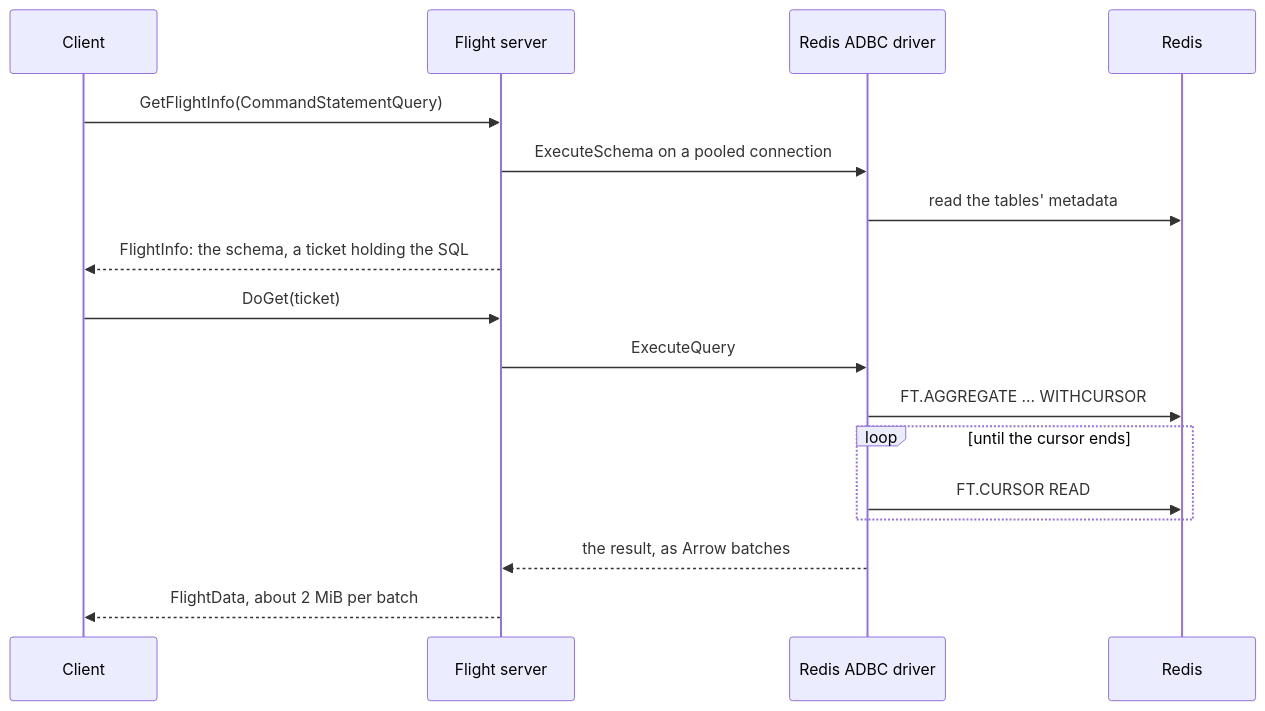
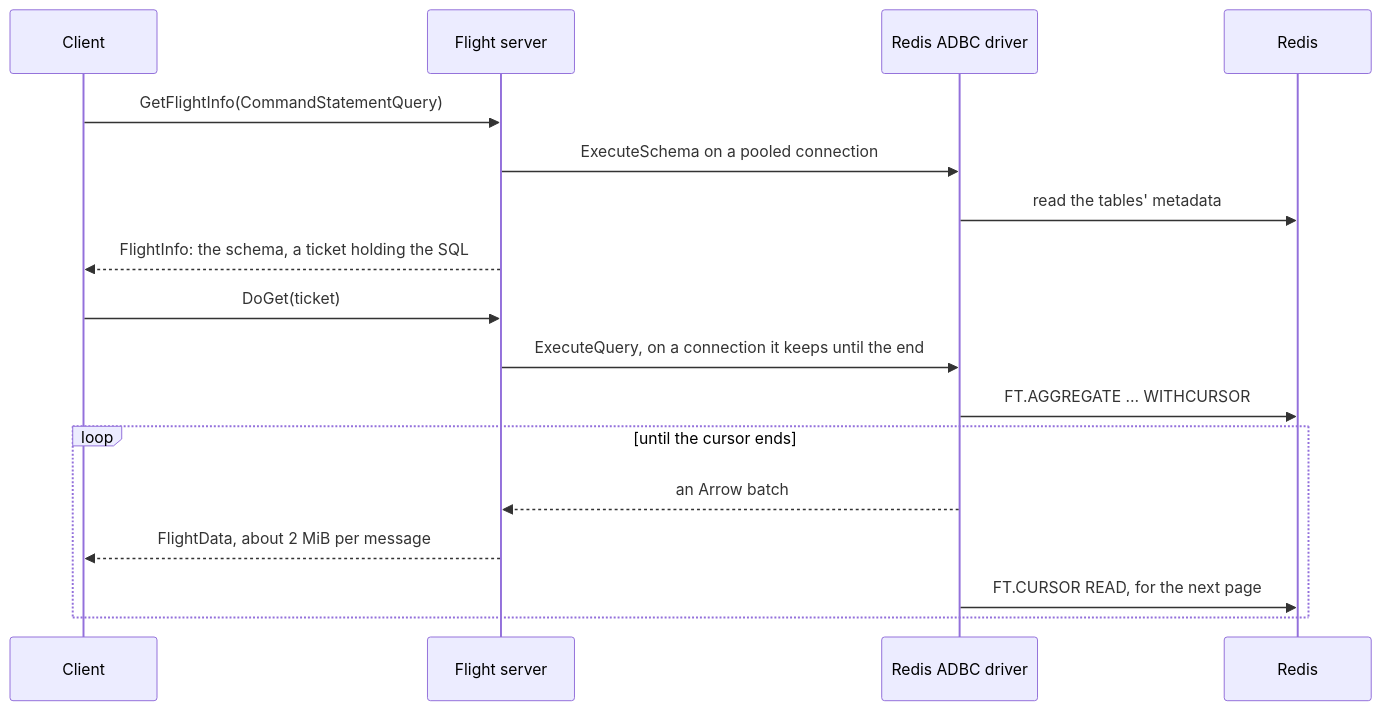
Before and after one commit to redis/redis-apache-arrow-flight: the second of 5 diagrams in README.md, drawn with Mermaid. The commit also changed other lines of this file and 9 other files, not shown here.

````diff
--- a/README.md
+++ b/README.md
@@ -100,19 +100,19 @@
 ```mermaid
 sequenceDiagram
     participant C as Client
     participant S as Flight server
     participant D as Redis ADBC driver
     participant R as Redis
     C->>S: GetFlightInfo(CommandStatementQuery)
     S->>D: ExecuteSchema on a pooled connection
     D->>R: read the tables' metadata
     S-->>C: FlightInfo: the schema, a ticket holding the SQL
     C->>S: DoGet(ticket)
-    S->>D: ExecuteQuery
+    S->>D: ExecuteQuery, on a connection it keeps until the end
     D->>R: FT.AGGREGATE … WITHCURSOR
     loop until the cursor ends
-        D->>R: FT.CURSOR READ
+        D-->>S: an Arrow batch
+        S-->>C: FlightData, about 2 MiB per message
+        D->>R: FT.CURSOR READ, for the next page
     end
-    D-->>S: the result, as Arrow batches
-    S-->>C: FlightData, about 2 MiB per batch
 ```
````
